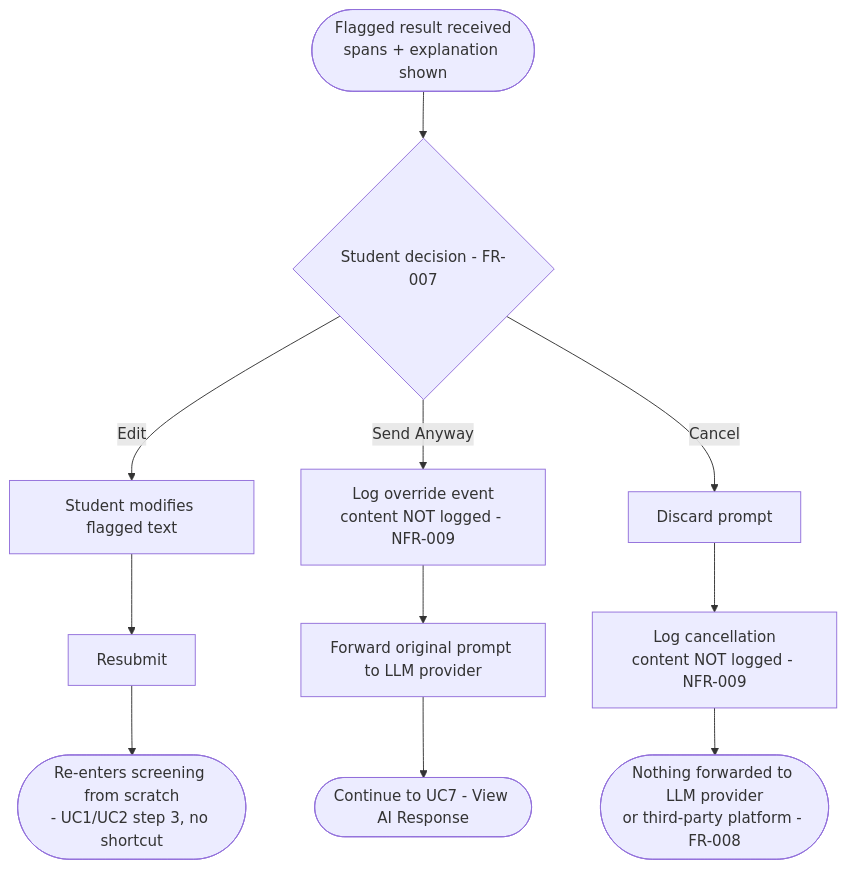
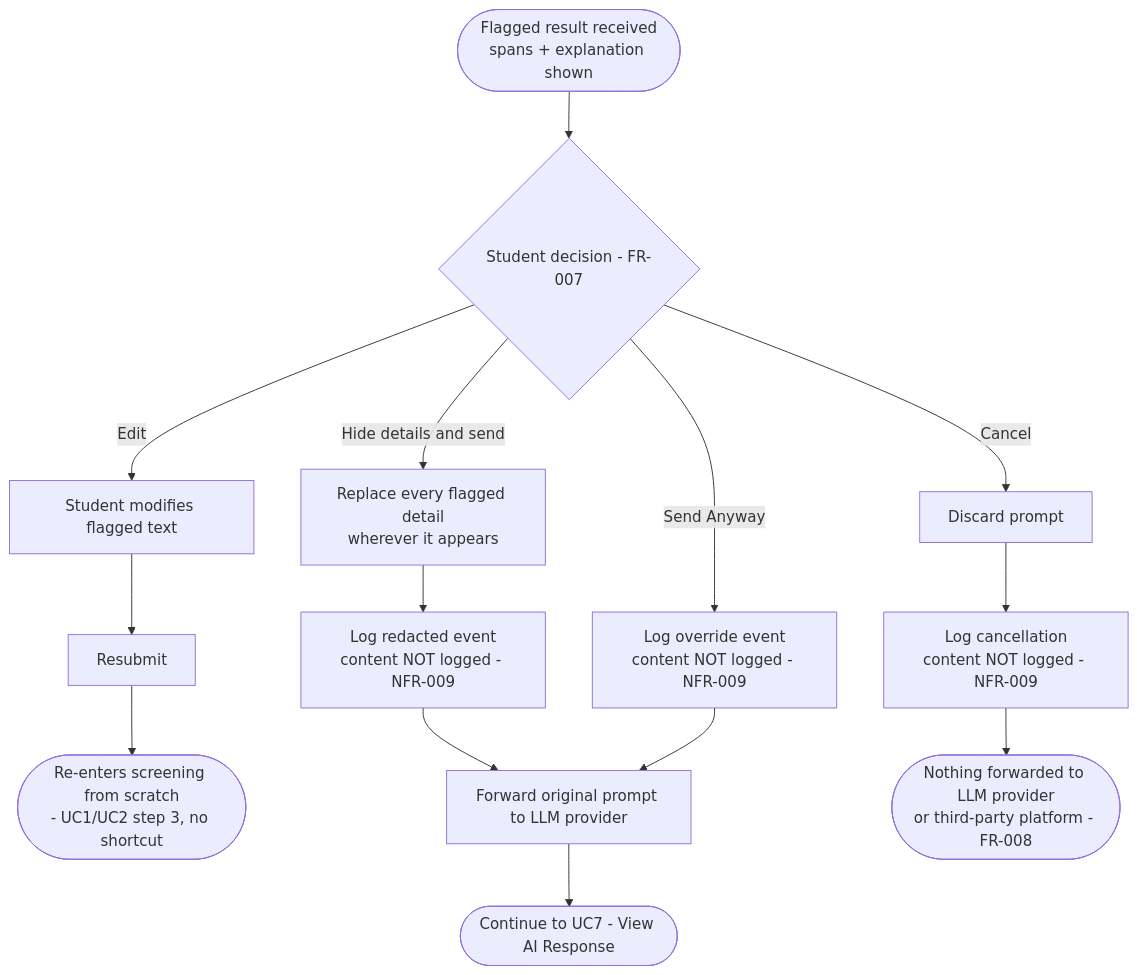
One commit to Skiet88/SentryPrompt changed the third of 8 diagrams in docs/diagrams/ACTIVITY_DIAGRAMS.md. Above: the diagram before and after it, drawn with Mermaid. The commit also changed 32 other files, not shown here.

First line of the commit message:
Hide flagged details in one click, catch every repeated word, show times

````diff
--- a/docs/diagrams/ACTIVITY_DIAGRAMS.md
+++ b/docs/diagrams/ACTIVITY_DIAGRAMS.md
@@ -64,13 +64,16 @@
 ```mermaid
 flowchart TD
     A([Flagged result received\nspans + explanation shown]) --> B{Student decision - FR-007}
     B -- Edit --> C[Student modifies flagged text]
     C --> D[Resubmit]
     D --> E([Re-enters screening from scratch\n- UC1/UC2 step 3, no shortcut])
+    B -- Hide details and send --> R[Replace every flagged detail\nwherever it appears]
+    R --> S[Log redacted event\ncontent NOT logged - NFR-009]
+    S --> G
     B -- Send Anyway --> F[Log override event\ncontent NOT logged - NFR-009]
     F --> G[Forward original prompt to LLM provider]
     G --> H([Continue to UC7 - View AI Response])
     B -- Cancel --> I[Discard prompt]
     I --> J[Log cancellation\ncontent NOT logged - NFR-009]
     J --> K([Nothing forwarded to LLM provider\nor third-party platform - FR-008])
 ```
````
